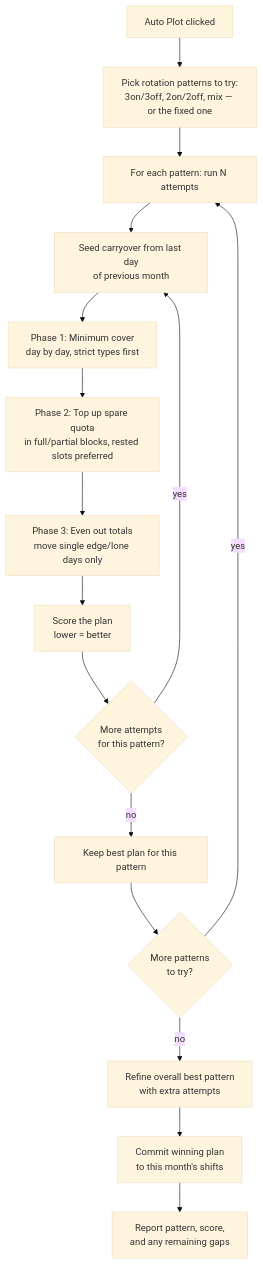
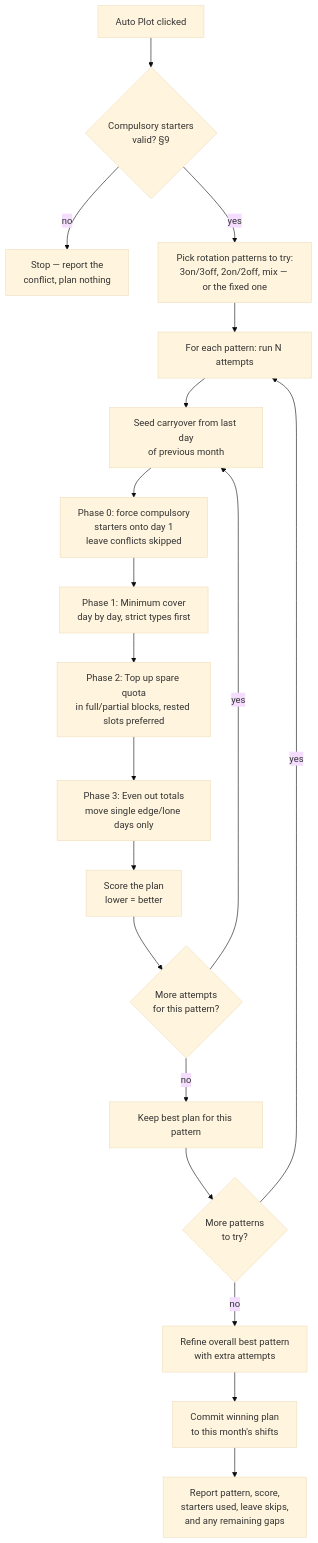
One commit to dzidulajubilee/Schedule-Master changed the second of 2 diagrams in README.md. Above: the diagram before and after it, drawn with Mermaid (base theme). The commit also changed other lines of this file and 1 other file, not shown here.

Commit message:
Starters

````diff
--- a/README.md
+++ b/README.md
@@ -157,18 +180,21 @@
 ```mermaid
 flowchart TD
-    A[Auto Plot clicked] --> B[Pick rotation patterns to try:<br/>3on/3off, 2on/2off, mix — or the fixed one]
+    A[Auto Plot clicked] --> A0{Compulsory starters<br/>valid? §9}
+    A0 -- no --> A0X[Stop — report the<br/>conflict, plan nothing]
+    A0 -- yes --> B[Pick rotation patterns to try:<br/>3on/3off, 2on/2off, mix — or the fixed one]
     B --> C[For each pattern: run N attempts]
     C --> D[Seed carryover from last day<br/>of previous month]
-    D --> E[Phase 1: Minimum cover<br/>day by day, strict types first]
+    D --> D2[Phase 0: force compulsory<br/>starters onto day 1<br/>leave conflicts skipped]
+    D2 --> E[Phase 1: Minimum cover<br/>day by day, strict types first]
     E --> F[Phase 2: Top up spare quota<br/>in full/partial blocks, rested slots preferred]
     F --> G[Phase 3: Even out totals<br/>move single edge/lone days only]
     G --> H[Score the plan<br/>lower = better]
     H --> I{More attempts<br/>for this pattern?}
     I -- yes --> D
     I -- no --> J[Keep best plan for this pattern]
     J --> K{More patterns<br/>to try?}
     K -- yes --> C
     K -- no --> L[Refine overall best pattern<br/>with extra attempts]
     L --> M[Commit winning plan<br/>to this month's shifts]
-    M --> N[Report pattern, score,<br/>and any remaining gaps]
+    M --> N[Report pattern, score,<br/>starters used, leave skips,<br/>and any remaining gaps]
 ```
````
